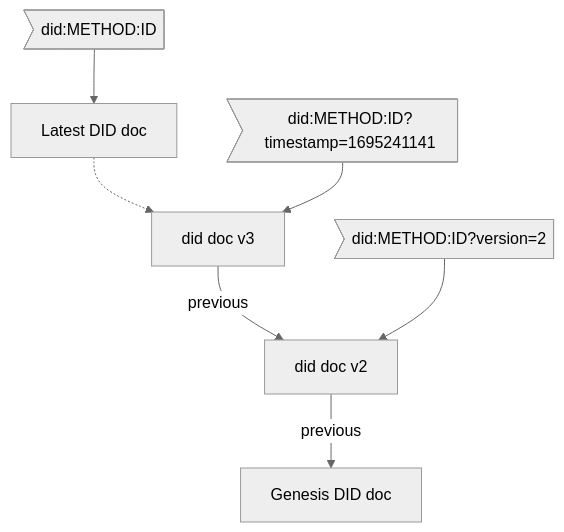
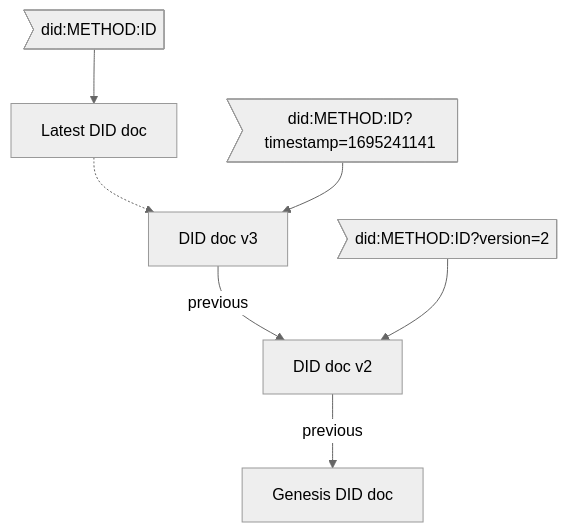
The second of 2 diagrams in README.md (Echsecutor/beyond-did-web), drawn with Mermaid (neutral theme) before and after one commit. The commit also changed other lines of this file, not shown here.

Commit message:
todo in Feature requests: What is did:web lacking Fixes #27

````diff
--- a/README.md
+++ b/README.md
@@ -374,7 +392,7 @@
 ```mermaid
 flowchart TB
-    vn[Latest DID doc] -.-> v3[did doc v3] -- previous --> v2[did doc v2] -- previous -->  v1[Genesis DID doc]
+    vn[Latest DID doc] -.-> v3[DID doc v3] -- previous --> v2[DID doc v2] -- previous -->  v1[Genesis DID doc]
     did>did:METHOD:ID] --> vn
     did2>did:METHOD:ID?version=2] --> v2
     did3>did:METHOD:ID?timestamp=1695241141] --> v3
 ```
````
